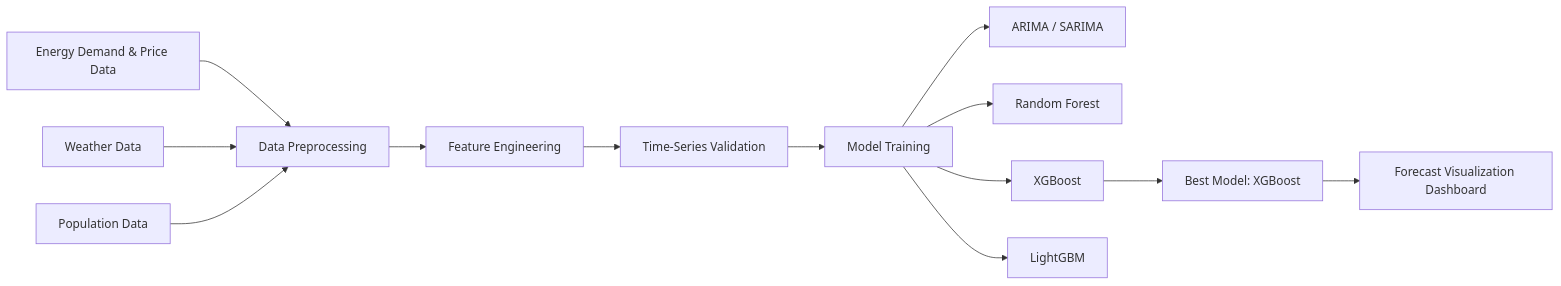
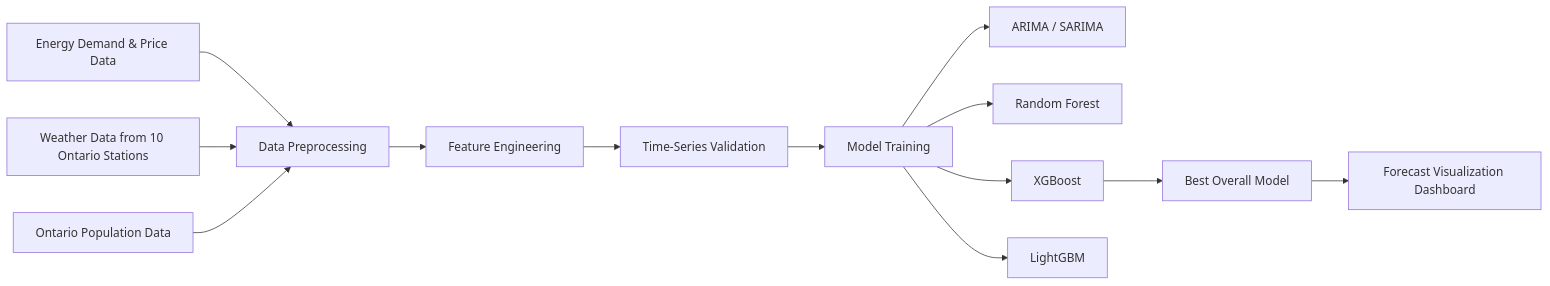
One commit to WilliaminThunderBay/Ontario_energy_forcasting changed the diagram in README.md. Above: the diagram before and after it, drawn with Mermaid. The commit also changed other lines of this file, not shown here.

````diff
--- a/README.md
+++ b/README.md
@@ -17,15 +15,15 @@
 ```mermaid
 flowchart LR
     A[Energy Demand & Price Data] --> D[Data Preprocessing]
-    B[Weather Data] --> D
-    C[Population Data] --> D
+    B[Weather Data from 10 Ontario Stations] --> D
+    C[Ontario Population Data] --> D
     D --> E[Feature Engineering]
     E --> F[Time-Series Validation]
     F --> G[Model Training]
     G --> H[ARIMA / SARIMA]
     G --> I[Random Forest]
     G --> J[XGBoost]
     G --> K[LightGBM]
-    J --> L[Best Model: XGBoost]
+    J --> L[Best Overall Model]
     L --> M[Forecast Visualization Dashboard]
 ```
````
